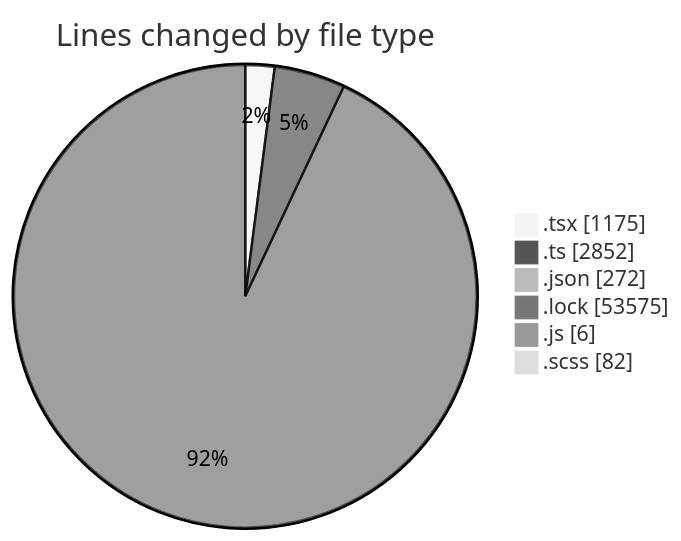
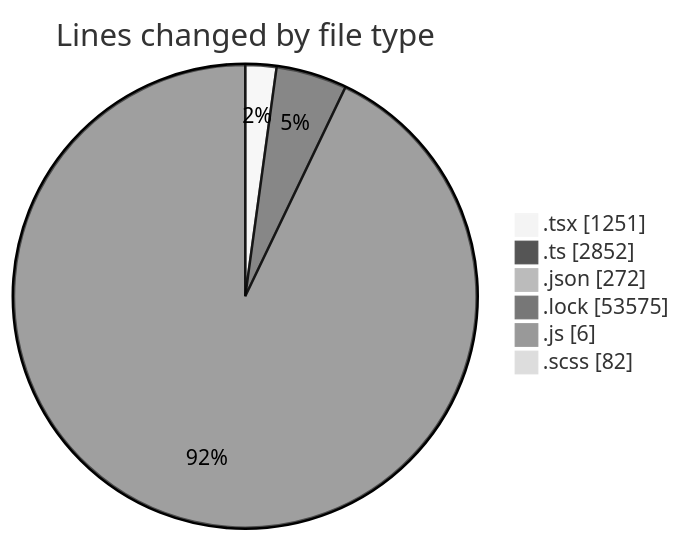
Before and after one commit to momahboobian/code-tracking: the first of 2 diagrams in 2026-03-27/cda/README.md, drawn with Mermaid (neutral theme). The commit also changed other lines of this file and 1 other file, not shown here.

````diff
--- a/2026-03-27/cda/README.md
+++ b/2026-03-27/cda/README.md
@@ -45,10 +45,10 @@
 ```mermaid
 pie showData
 title Lines changed by file type
-".tsx" : 1175
+".tsx" : 1251
 ".ts" : 2852
 ".json" : 272
 ".lock" : 53575
 ".js" : 6
 ".scss" : 82
 ```
````
